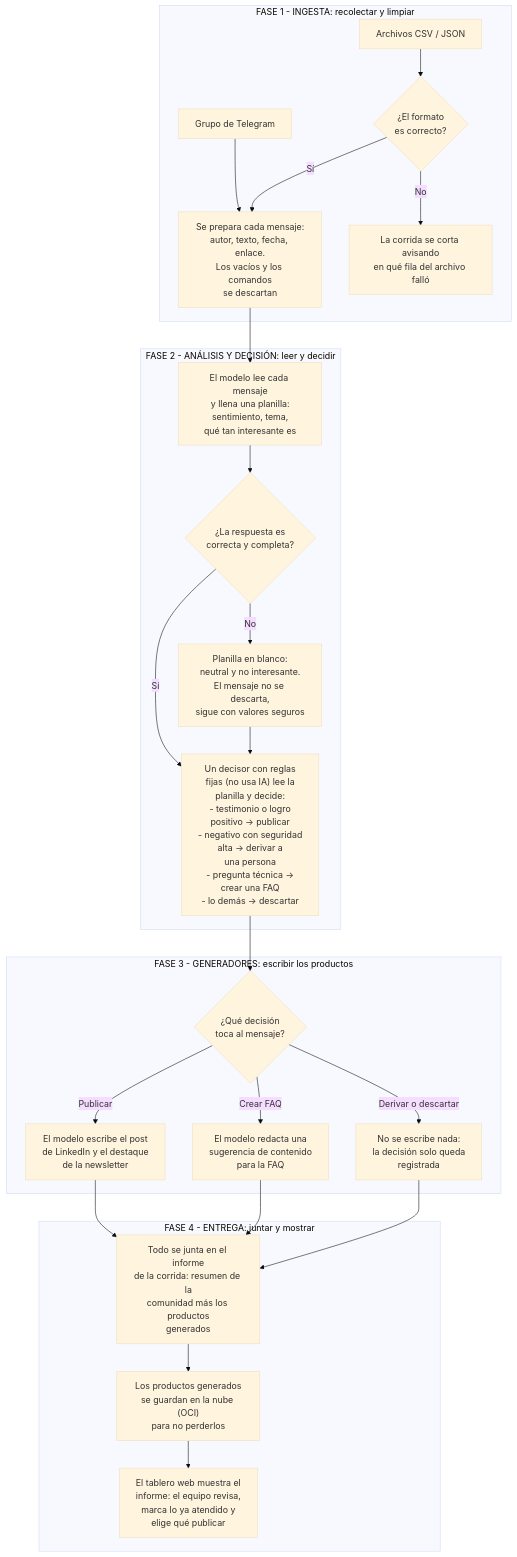
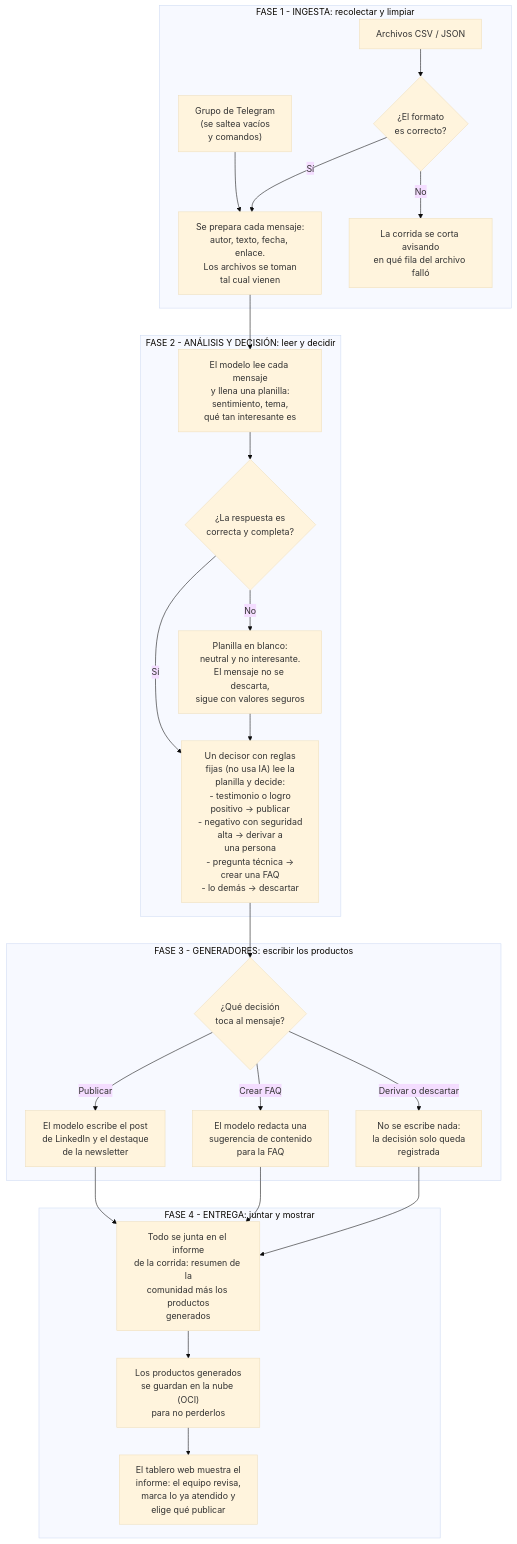
One commit to No-Country-simulation/G10-Latam-Equipo24-CommunityLab changed the diagram in docs/arquitectura-tecnica/flujo-general-del-sistema.md. Above: the diagram before and after it, drawn with Mermaid (base theme). The commit also changed other lines of this file and 3 other files, not shown here.

````diff
--- a/docs/arquitectura-tecnica/flujo-general-del-sistema.md
+++ b/docs/arquitectura-tecnica/flujo-general-del-sistema.md
@@ -8,36 +8,36 @@
 ```mermaid
 flowchart TD
     subgraph F1["FASE 1 - INGESTA: recolectar y limpiar"]
-        T["Grupo de Telegram"] --> LIM
+        T["Grupo de Telegram<br/>(se saltea vacíos<br/>y comandos)"] --> LIM
         AF["Archivos CSV / JSON"] --> VIA{"¿El formato<br/>es correcto?"}
         VIA -- "No" --> ERR["La corrida se corta avisando<br/>en qué fila del archivo falló"]
-        VIA -- "Sí" --> LIM["Se prepara cada mensaje:<br/>autor, texto, fecha, enlace.<br/>Los vacíos y los comandos<br/>se descartan"]
+        VIA -- "Sí" --> LIM["Se prepara cada mensaje:<br/>autor, texto, fecha, enlace.<br/>Los archivos se toman<br/>tal cual vienen"]
     end
 
     LIM --> ANA
 
     subgraph F2["FASE 2 - ANÁLISIS Y DECISIÓN: leer y decidir"]
         ANA["El modelo lee cada mensaje<br/>y llena una planilla:<br/>sentimiento, tema,<br/>qué tan interesante es"] --> CHEQ{"¿La respuesta es<br/>correcta y completa?"}
         CHEQ -- "No" --> BLANK["Planilla en blanco:<br/>neutral y no interesante.<br/>El mensaje no se descarta,<br/>sigue con valores seguros"]
         CHEQ -- "Sí" --> DEC
         BLANK --> DEC["Un decisor con reglas<br/>fijas (no usa IA) lee la<br/>planilla y decide:<br/>- testimonio o logro<br/>  positivo → publicar<br/>- negativo con seguridad<br/>  alta → derivar a<br/>  una persona<br/>- pregunta técnica →<br/>  crear una FAQ<br/>- lo demás → descartar"]
     end
 
     DEC --> GEN
 
     subgraph F3["FASE 3 - GENERADORES: escribir los productos"]
         GEN{"¿Qué decisión<br/>toca al mensaje?"}
         GEN -- "Publicar" --> LI["El modelo escribe el post<br/>de LinkedIn y el destaque<br/>de la newsletter"]
         GEN -- "Crear FAQ" --> FAQ["El modelo redacta una<br/>sugerencia de contenido<br/>para la FAQ"]
         GEN -- "Derivar o descartar" --> NAD["No se escribe nada:<br/>la decisión solo queda<br/>registrada"]
     end
 
     LI --> INF
     FAQ --> INF
     NAD --> INF
 
     subgraph F4["FASE 4 - ENTREGA: juntar y mostrar"]
         INF["Todo se junta en el informe<br/>de la corrida: resumen de la<br/>comunidad más los productos<br/>generados"] --> NUBE["Los productos generados<br/>se guardan en la nube (OCI)<br/>para no perderlos"]
         NUBE --> TAB["El tablero web muestra el<br/>informe: el equipo revisa,<br/>marca lo ya atendido y<br/>elige qué publicar"]
     end
 ```
````
